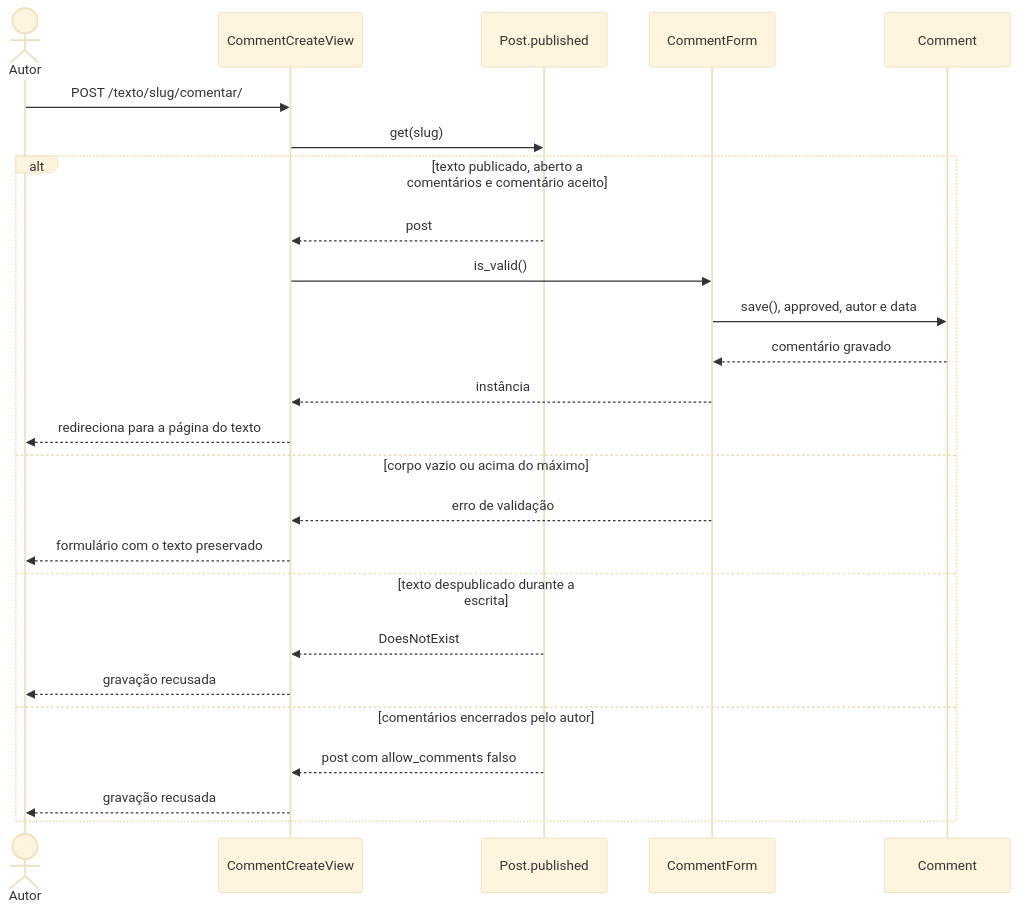
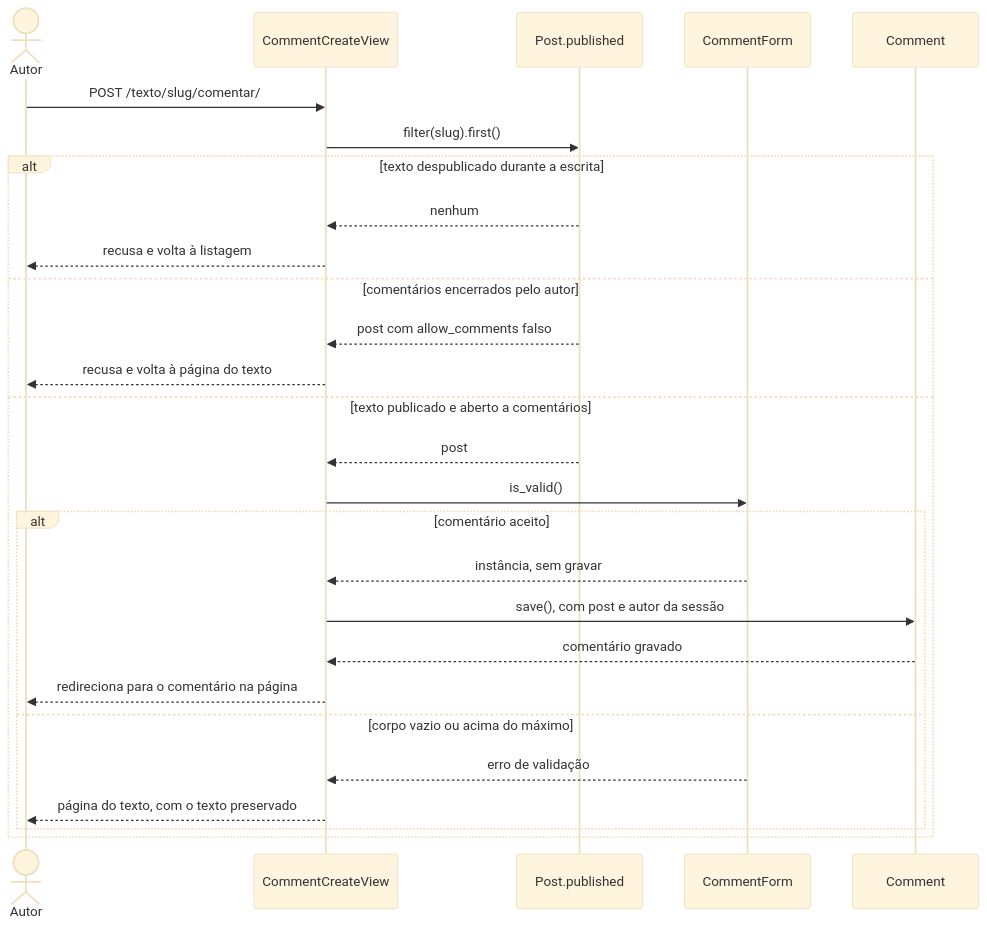
One commit to ataraxia-ppads/ataraxia-blog changed the diagram in docs/sequencia-de-projeto/UC10.md. Above: the diagram before and after it, drawn with Mermaid (base theme). The commit also changed 19 other files, not shown here.

````diff
--- a/docs/sequencia-de-projeto/UC10.md
+++ b/docs/sequencia-de-projeto/UC10.md
@@ -3,27 +3,29 @@
 ```mermaid
 sequenceDiagram
     actor A as Autor
     participant Vw as CommentCreateView
     participant P as Post.published
     participant F as CommentForm
     participant C as Comment
     A->>Vw: POST /texto/slug/comentar/
-    Vw->>P: get(slug)
-    alt texto publicado, aberto a comentários e comentário aceito
+    Vw->>P: filter(slug).first()
+    alt texto despublicado durante a escrita
+        P-->>Vw: nenhum
+        Vw-->>A: recusa e volta à listagem
+    else comentários encerrados pelo autor
+        P-->>Vw: post com allow_comments falso
+        Vw-->>A: recusa e volta à página do texto
+    else texto publicado e aberto a comentários
         P-->>Vw: post
         Vw->>F: is_valid()
-        F->>C: save(), approved, autor e data
-        C-->>F: comentário gravado
-        F-->>Vw: instância
-        Vw-->>A: redireciona para a página do texto
-    else corpo vazio ou acima do máximo
-        F-->>Vw: erro de validação
-        Vw-->>A: formulário com o texto preservado
-    else texto despublicado durante a escrita
-        P-->>Vw: DoesNotExist
-        Vw-->>A: gravação recusada
-    else comentários encerrados pelo autor
-        P-->>Vw: post com allow_comments falso
-        Vw-->>A: gravação recusada
+        alt comentário aceito
+            F-->>Vw: instância, sem gravar
+            Vw->>C: save(), com post e autor da sessão
+            C-->>Vw: comentário gravado
+            Vw-->>A: redireciona para o comentário na página
+        else corpo vazio ou acima do máximo
+            F-->>Vw: erro de validação
+            Vw-->>A: página do texto, com o texto preservado
+        end
     end
 ```
````
